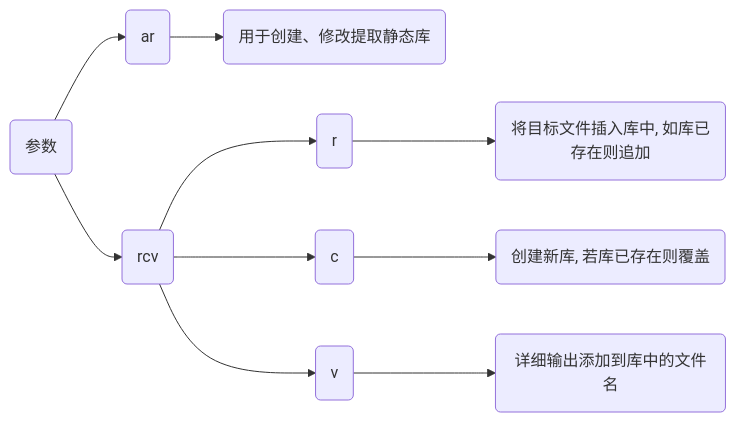
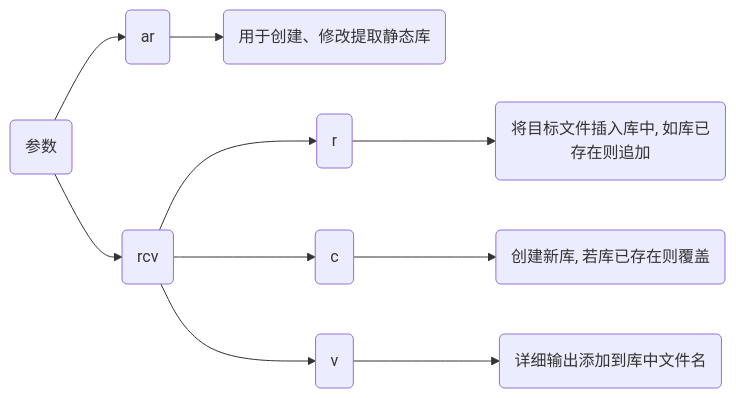
The second of 2 diagrams in _posts/language/c_c++/library/2022-08-15-静态库.md (dmjcb/dmjcb.github.io), drawn with Mermaid before and after one commit. The commit also changed other lines of this file and 31 other files, not shown here.

````diff
--- a/_posts/language/c_c++/library/2022-08-15-静态库.md
+++ b/_posts/language/c_c++/library/2022-08-15-静态库.md
@@ -60,9 +58,9 @@
 ```mermaid
 graph LR;
     X(参数)
     X-->A(ar)-->A1(用于创建、修改提取静态库)
     X-->B(rcv)
         B-->B1("r")-->B11(将目标文件插入库中, 如库已存在则追加)
         B-->B2("c") -->B21(创建新库, 若库已存在则覆盖)
-        B -->B3("v") -->B31(详细输出添加到库中的文件名)
+        B -->B3("v") -->B31(详细输出添加到库中文件名)
 ```
````
